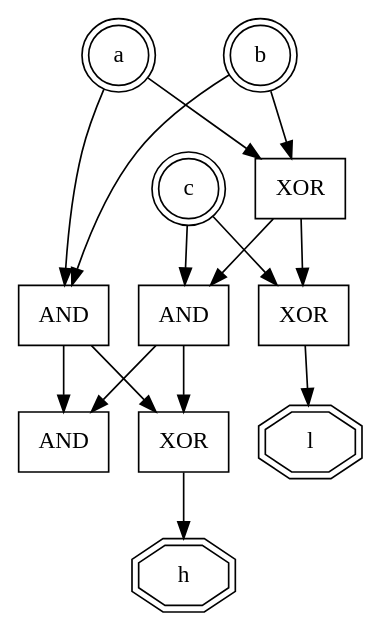
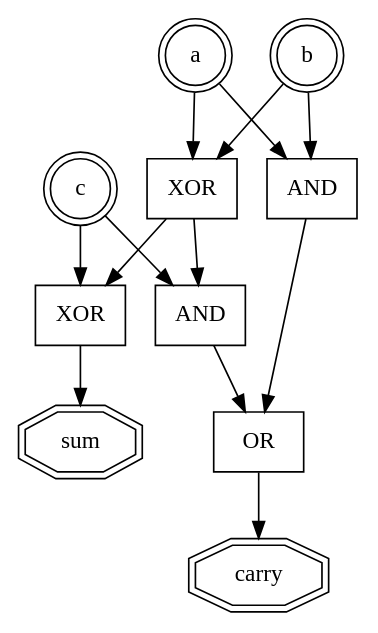
One commit to Fhoughton/logic-renderer-py changed the diagram in output.dot. Above: the diagram before and after it, drawn with Graphviz. The commit also changed 1 other file, not shown here.

```diff
--- a/output.dot
+++ b/output.dot
@@ -1,27 +1,24 @@
 digraph {
 	0 [label=a shape=doublecircle]
 	1 [label=b shape=doublecircle]
 	2 [label=c shape=doublecircle]
-	3 [label=h shape=doubleoctagon]
-	4 [label=l shape=doubleoctagon]
-	5 [label="AND " shape=rectangle]
+	3 [label=sum shape=doubleoctagon]
+	4 [label=carry shape=doubleoctagon]
+	5 [label="XOR " shape=rectangle]
 	0 -> 5
 	1 -> 5
-	6 [label="XOR " shape=rectangle]
+	6 [label="AND " shape=rectangle]
 	0 -> 6
 	1 -> 6
-	7 [label="AND " shape=rectangle]
-	6 -> 7
+	7 [label="XOR " shape=rectangle]
+	5 -> 7
 	2 -> 7
-	8 [label="XOR " shape=rectangle]
-	6 -> 8
+	7 -> 3
+	8 [label="AND " shape=rectangle]
+	5 -> 8
 	2 -> 8
-	8 -> 4
-	9 [label="AND " shape=rectangle]
-	5 -> 9
-	7 -> 9
-	10 [label="XOR " shape=rectangle]
-	5 -> 10
-	7 -> 10
-	10 -> 3
+	9 [label="OR " shape=rectangle]
+	6 -> 9
+	8 -> 9
+	9 -> 4
 }
```
